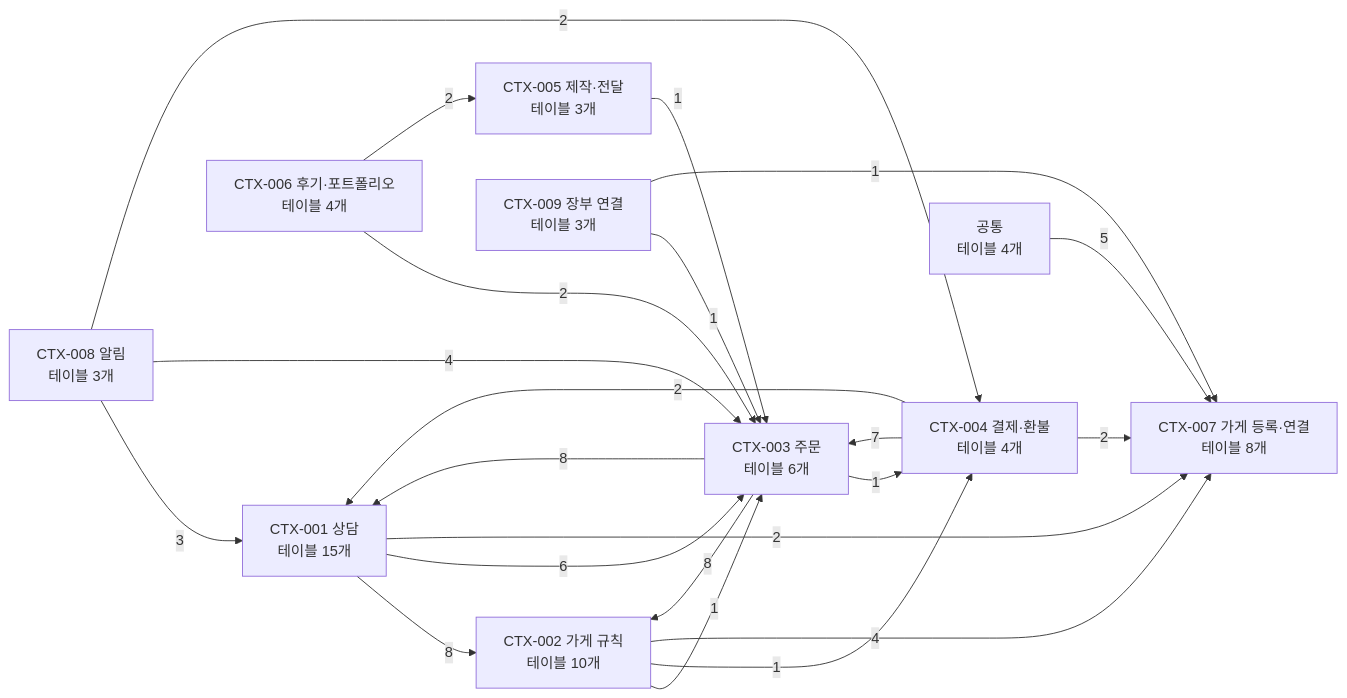
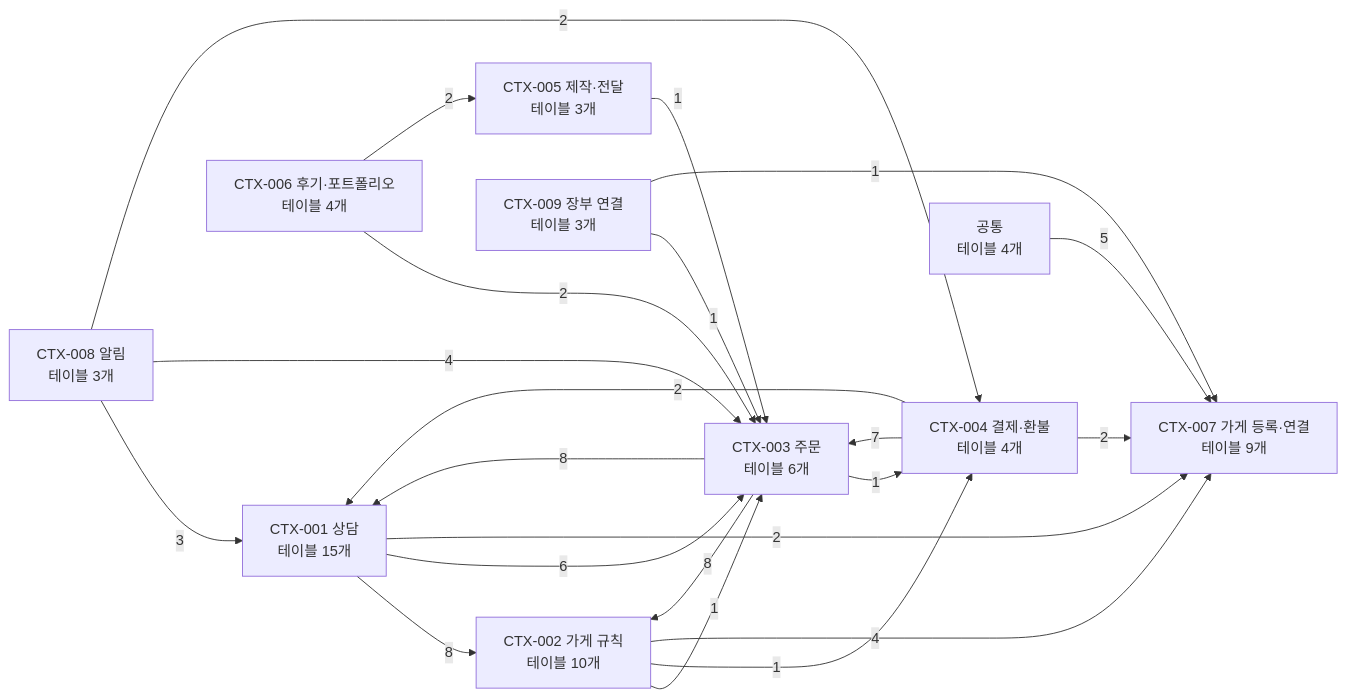
The first of 11 diagrams in docs/05-erd/README.md (kodonghui/siljang.ai), drawn with Mermaid before and after one commit. The commit also changed other lines of this file and 29 other files, not shown here.

````diff
--- a/docs/05-erd/README.md
+++ b/docs/05-erd/README.md
@@ -140,34 +141,34 @@
 ```mermaid
 flowchart LR
   C0["CTX-001 상담<br/>테이블 15개"]
   C1["CTX-002 가게 규칙<br/>테이블 10개"]
   C2["CTX-003 주문<br/>테이블 6개"]
   C3["CTX-004 결제·환불<br/>테이블 4개"]
   C4["CTX-005 제작·전달<br/>테이블 3개"]
   C5["CTX-006 후기·포트폴리오<br/>테이블 4개"]
-  C6["CTX-007 가게 등록·연결<br/>테이블 8개"]
+  C6["CTX-007 가게 등록·연결<br/>테이블 9개"]
   C7["CTX-008 알림<br/>테이블 3개"]
   C8["CTX-009 장부 연결<br/>테이블 3개"]
   C9["공통<br/>테이블 4개"]
   C0 -->|8| C1
   C0 -->|6| C2
   C0 -->|2| C6
   C1 -->|1| C2
   C1 -->|1| C3
   C1 -->|4| C6
   C2 -->|8| C0
   C2 -->|8| C1
   C2 -->|1| C3
   C3 -->|2| C0
   C3 -->|7| C2
   C3 -->|2| C6
   C4 -->|1| C2
   C5 -->|2| C2
   C5 -->|2| C4
   C7 -->|3| C0
   C7 -->|4| C2
   C7 -->|2| C3
   C8 -->|1| C2
   C8 -->|1| C6
   C9 -->|5| C6
 ```
````
